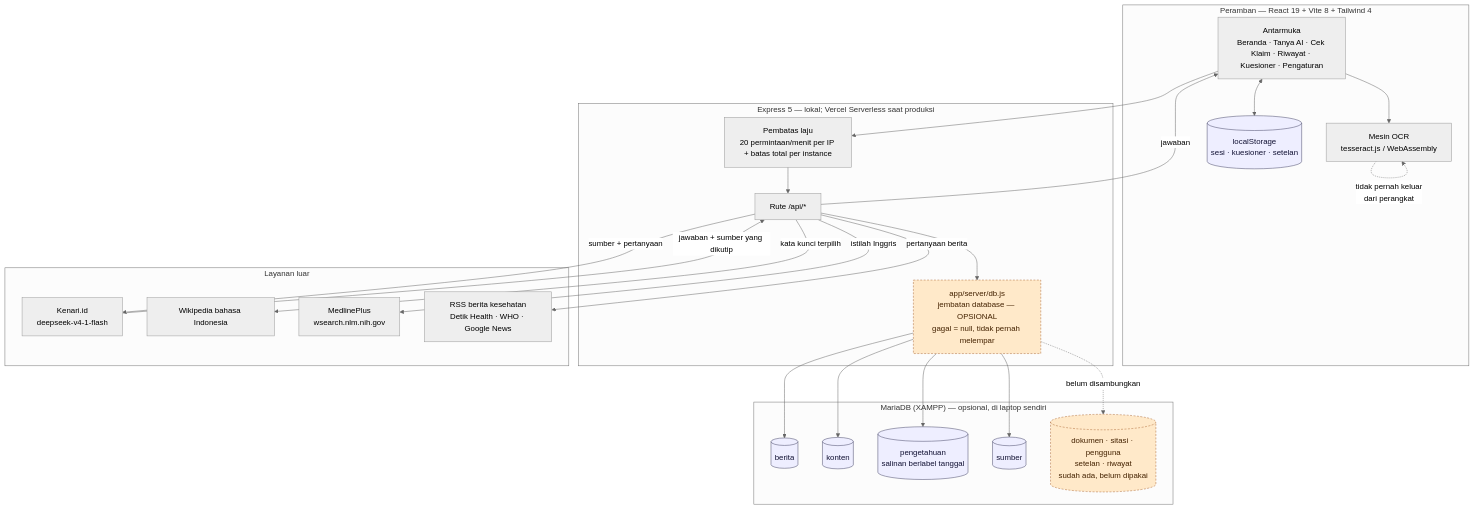
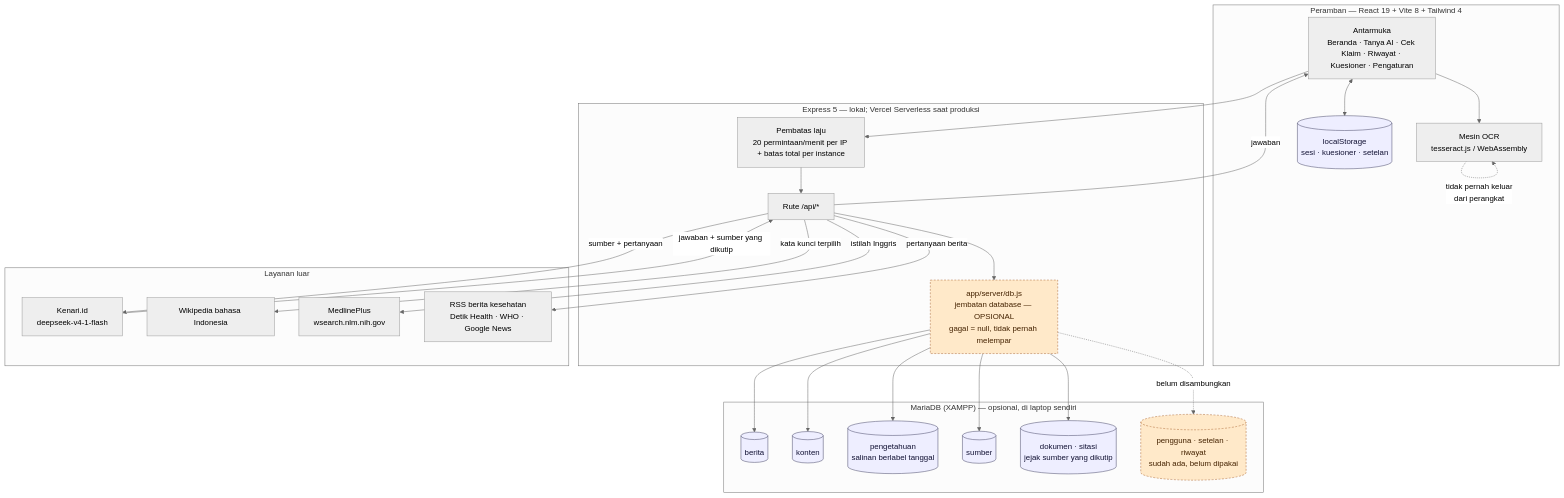
One commit to Ellbaayy/Pahami-sehat changed the diagram in README.md. Above: the diagram before and after it, drawn with Mermaid (neutral theme). The commit also changed other lines of this file and 3 other files, not shown here.

First line of the commit message:
Sitasi: catat sumber yang dikutip supaya klaim sumber bisa DILACAK

````diff
--- a/README.md
+++ b/README.md
@@ -161,55 +161,57 @@
 ```mermaid
 flowchart TB
   subgraph Peramban["Peramban — React 19 + Vite 8 + Tailwind 4"]
     UI["Antarmuka<br/>Beranda · Tanya AI · Cek Klaim · Riwayat · Kuesioner · Pengaturan"]
     OCR["Mesin OCR<br/>tesseract.js / WebAssembly"]
     LS[("localStorage<br/>sesi · kuesioner · setelan")]
   end
 
   subgraph Server["Express 5 — lokal; Vercel Serverless saat produksi"]
     B["Pembatas laju<br/>20 permintaan/menit per IP + batas total per instance"]
     R["Rute /api/*"]
     DBJ["app/server/db.js<br/>jembatan database — OPSIONAL<br/>gagal = null, tidak pernah melempar"]
   end
 
   subgraph Simpanan["MariaDB (XAMPP) — opsional, di laptop sendiri"]
     T1[("berita")]
     T2[("konten")]
     T3[("pengetahuan<br/>salinan berlabel tanggal")]
     T4[("sumber")]
-    T5[("dokumen · sitasi · pengguna<br/>setelan · riwayat<br/>sudah ada, belum dipakai")]
+    T6[("dokumen · sitasi<br/>jejak sumber yang dikutip")]
+    T5[("pengguna · setelan · riwayat<br/>sudah ada, belum dipakai")]
   end
 
   subgraph Luar["Layanan luar"]
     K["Kenari.id<br/>deepseek-v4-1-flash"]
     W["Wikipedia bahasa Indonesia"]
     M["MedlinePlus<br/>wsearch.nlm.nih.gov"]
     N["RSS berita kesehatan<br/>Detik Health · WHO · Google News"]
   end
 
   UI --> B --> R
   UI <--> LS
   UI --> OCR
   OCR -.->|"tidak pernah keluar<br/>dari perangkat"| OCR
 
   R -->|"kata kunci terpilih"| W
   R -->|"istilah Inggris"| M
   R -->|"pertanyaan berita"| N
   R -->|"sumber + pertanyaan"| K
   K -->|"jawaban + sumber yang dikutip"| R
   R -->|"jawaban"| UI
 
   R --> DBJ
   DBJ --> T1
   DBJ --> T2
   DBJ --> T3
   DBJ --> T4
+  DBJ --> T6
   DBJ -.->|"belum disambungkan"| T5
 
   classDef store fill:#eef,stroke:#446,color:#113
   classDef opsional fill:#ffe9c9,stroke:#a63,color:#420,stroke-dasharray:4 3
   class LS store
-  class T1,T2,T3,T4 store
+  class T1,T2,T3,T4,T6 store
   class T5 opsional
   class DBJ opsional
 ```
````
